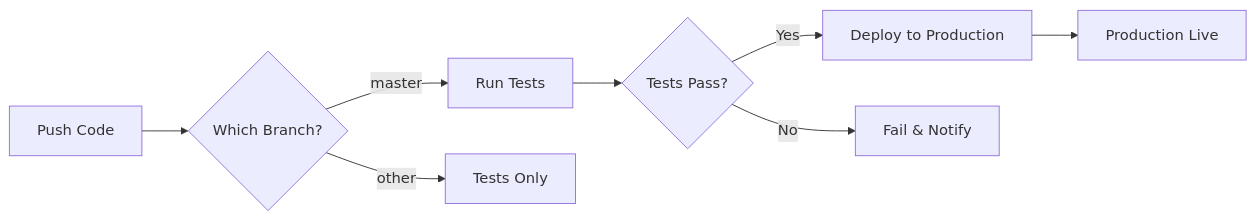
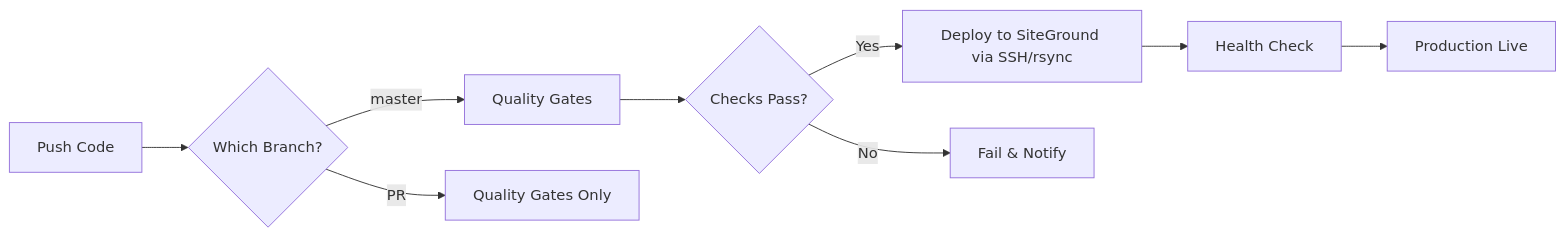
One commit to equityengineer9659-fight/FNF changed the diagram in docs/CICD_SETUP.md. Above: the diagram before and after it, drawn with Mermaid. The commit also changed other lines of this file and 12 other files, not shown here.

````diff
--- a/docs/CICD_SETUP.md
+++ b/docs/CICD_SETUP.md
@@ -165,10 +139,11 @@
 ```mermaid
 graph LR
     A[Push Code] --> B{Which Branch?}
-    B -->|master| C[Run Tests]
-    B -->|other| D[Tests Only]
-    C --> E{Tests Pass?}
-    E -->|Yes| F[Deploy to Production]
+    B -->|master| C[Quality Gates]
+    B -->|PR| D[Quality Gates Only]
+    C --> E{Checks Pass?}
+    E -->|Yes| F[Deploy to SiteGround via SSH/rsync]
     E -->|No| G[Fail & Notify]
-    F --> H[Production Live]
+    F --> H[Health Check]
+    H --> I[Production Live]
 ```
````
